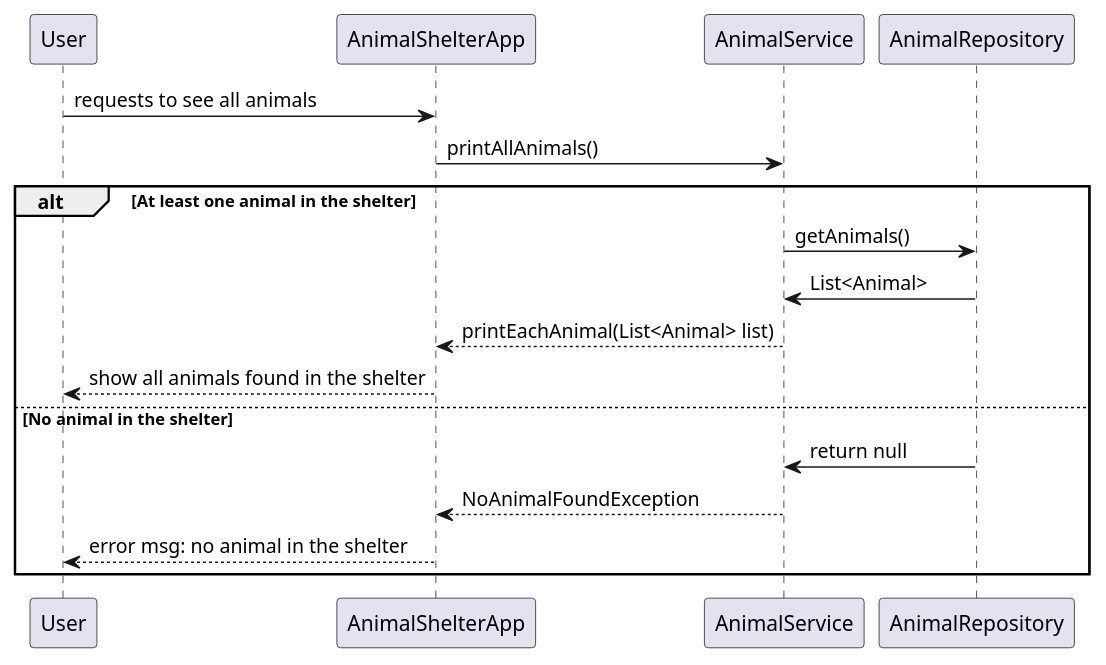
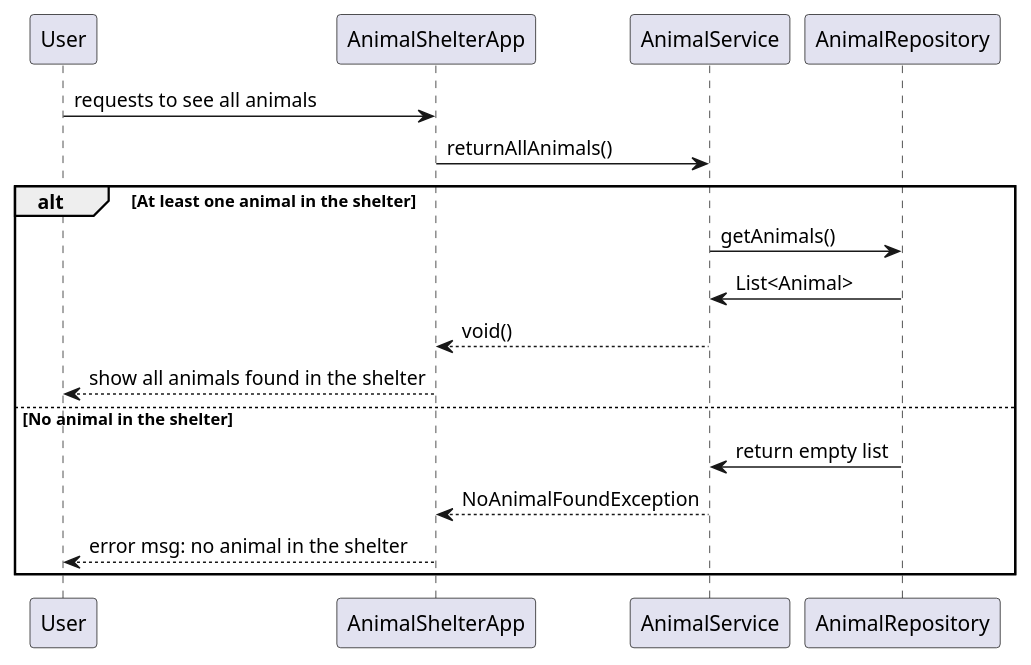
One commit to RaphaelZintec/AnimalShelterTest changed the diagram in analysis/sequence_returnallanimals.puml. Above: the diagram before and after it, drawn with PlantUML. The commit also changed 5 other files, not shown here.

Commit message:
sequence diagram update

```diff
--- a/analysis/sequence_returnallanimals.puml
+++ b/analysis/sequence_returnallanimals.puml
@@ -1,16 +1,16 @@
 @startuml
 
 User -> AnimalShelterApp : requests to see all animals
-AnimalShelterApp -> AnimalService : printAllAnimals()
+AnimalShelterApp -> AnimalService : returnAllAnimals()
 alt At least one animal in the shelter
 AnimalService -> AnimalRepository : getAnimals()
 AnimalService <- AnimalRepository : List<Animal>
-AnimalShelterApp <-- AnimalService : printEachAnimal(List<Animal> list)
+AnimalShelterApp <-- AnimalService : void()
 User <-- AnimalShelterApp : show all animals found in the shelter
 else No animal in the shelter
-AnimalService <- AnimalRepository : return null
+AnimalService <- AnimalRepository : return empty list
 AnimalShelterApp <-- AnimalService : NoAnimalFoundException
 User <-- AnimalShelterApp : error msg: no animal in the shelter
 end
 
 @enduml
```
